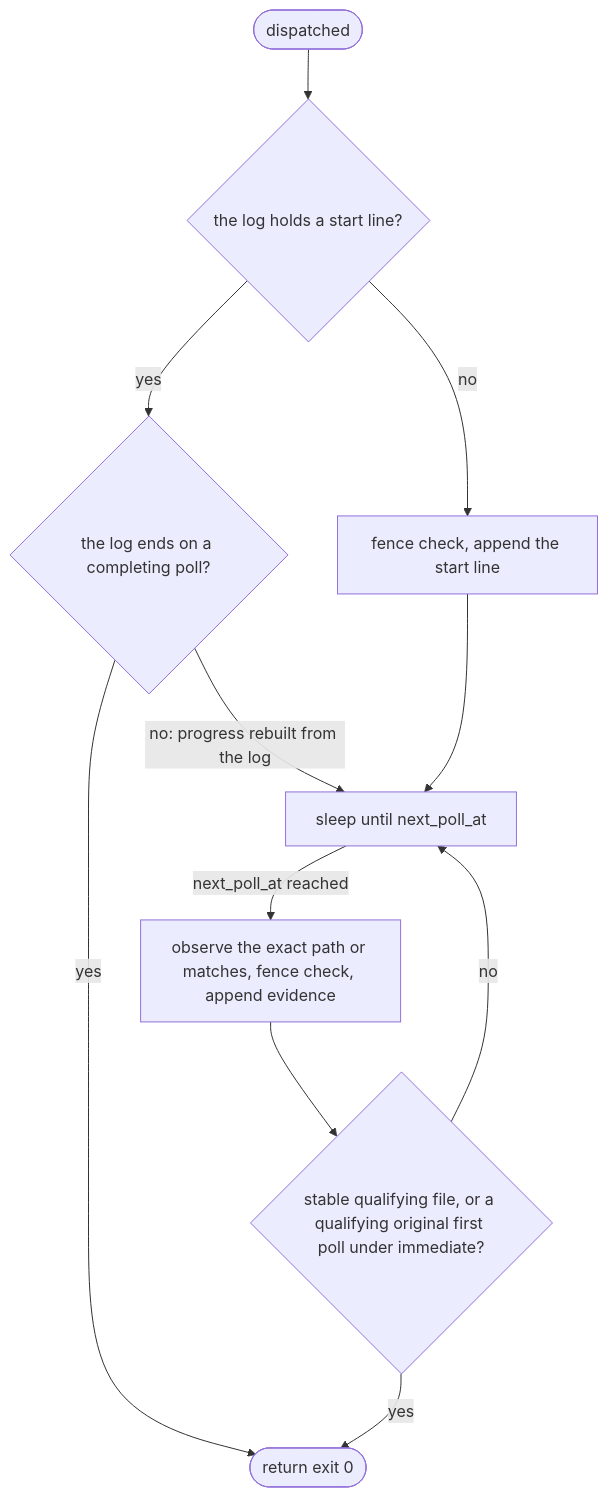
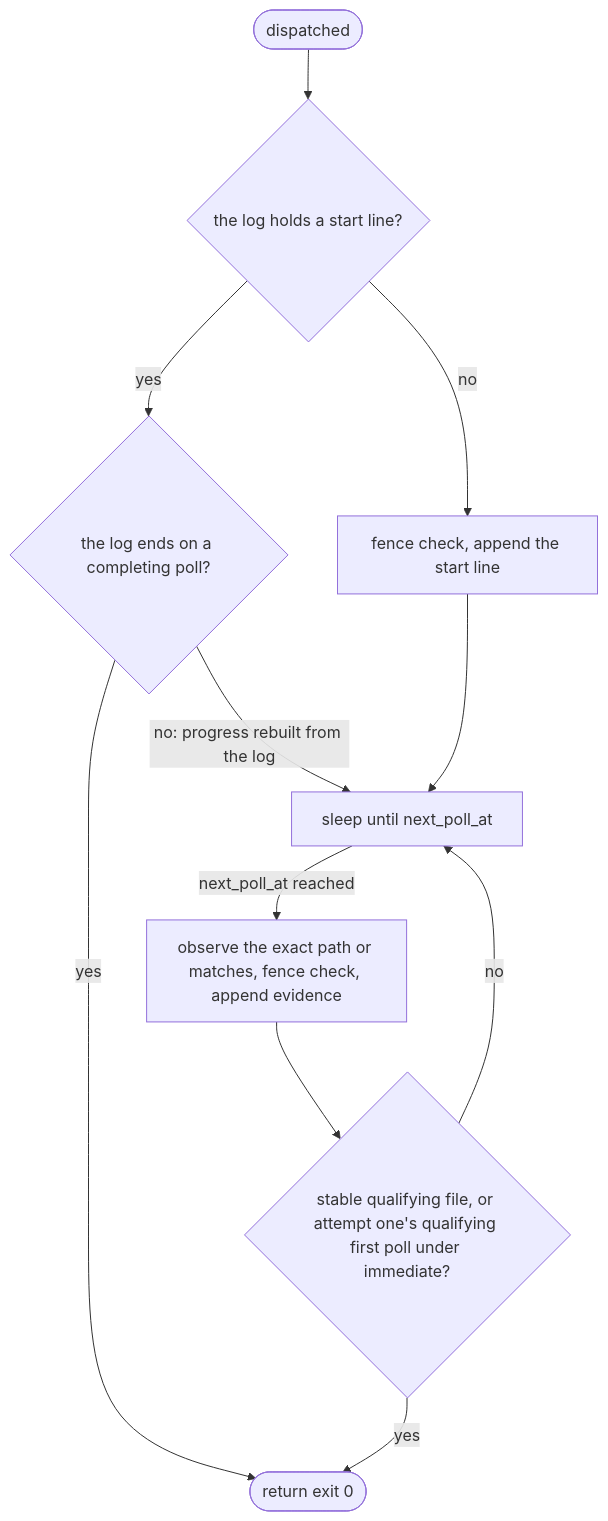
The diagram in docs/blocks/fw-observation.md (mrbald/dsl41), drawn with Mermaid before and after one commit. The commit also changed other lines of this file and 18 other files, not shown here.

````diff
--- a/docs/blocks/fw-observation.md
+++ b/docs/blocks/fw-observation.md
@@ -40,13 +43,13 @@
 ```mermaid
 flowchart TD
     dispatched(["dispatched"]) --> logged{"the log holds a start line?"}
     logged -->|"no"| start["fence check, append the start line"]
     logged -->|"yes"| folded{"the log ends on a completing poll?"}
     folded -->|"yes"| done(["return exit 0"])
     folded -->|"no: progress rebuilt from the log"| sleep
     start --> sleep["sleep until next_poll_at"]
     sleep -->|"next_poll_at reached"| poll["observe the exact path or matches, fence check, append evidence"]
-    poll --> complete{"stable qualifying file, or a qualifying original first poll under immediate?"}
+    poll --> complete{"stable qualifying file, or attempt one's qualifying first poll under immediate?"}
     complete -->|"yes"| done
     complete -->|"no"| sleep
 ```
````
